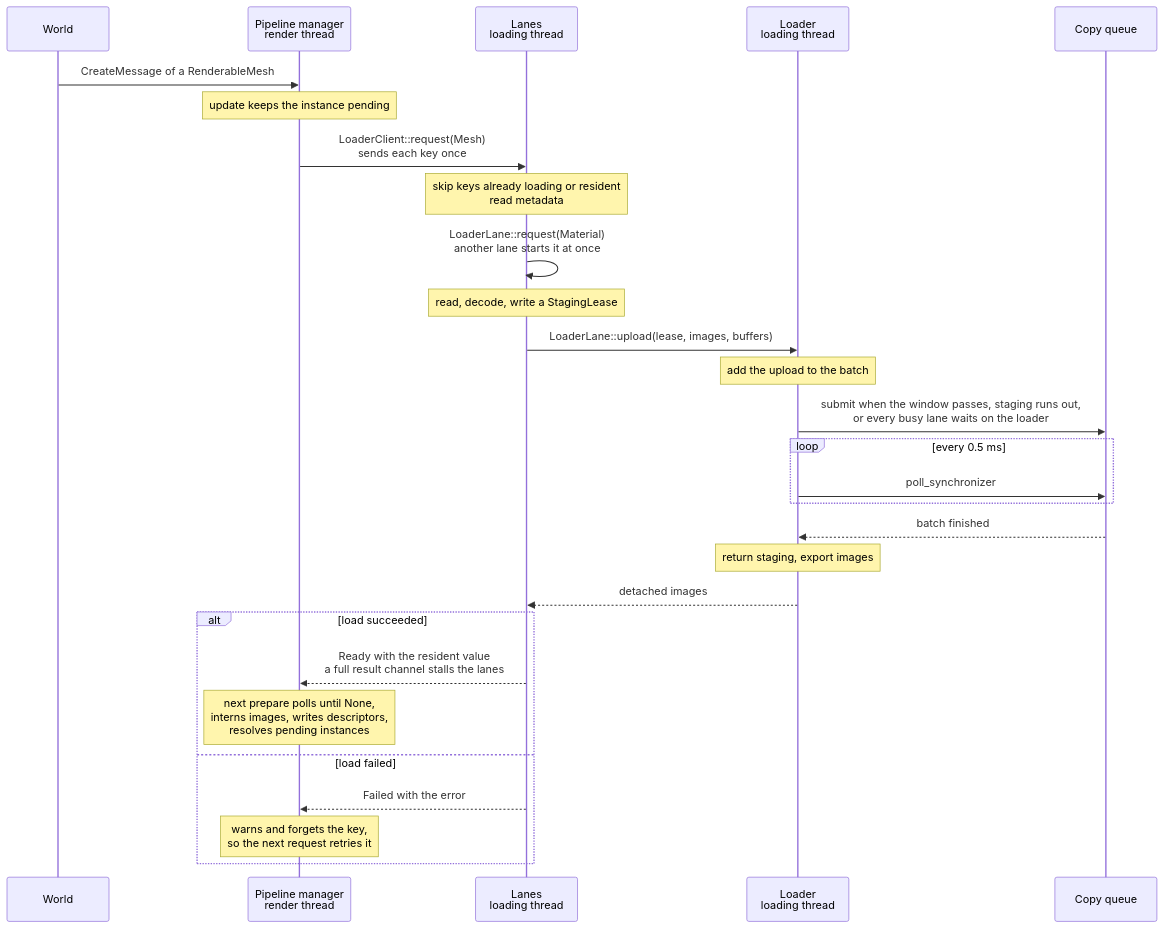
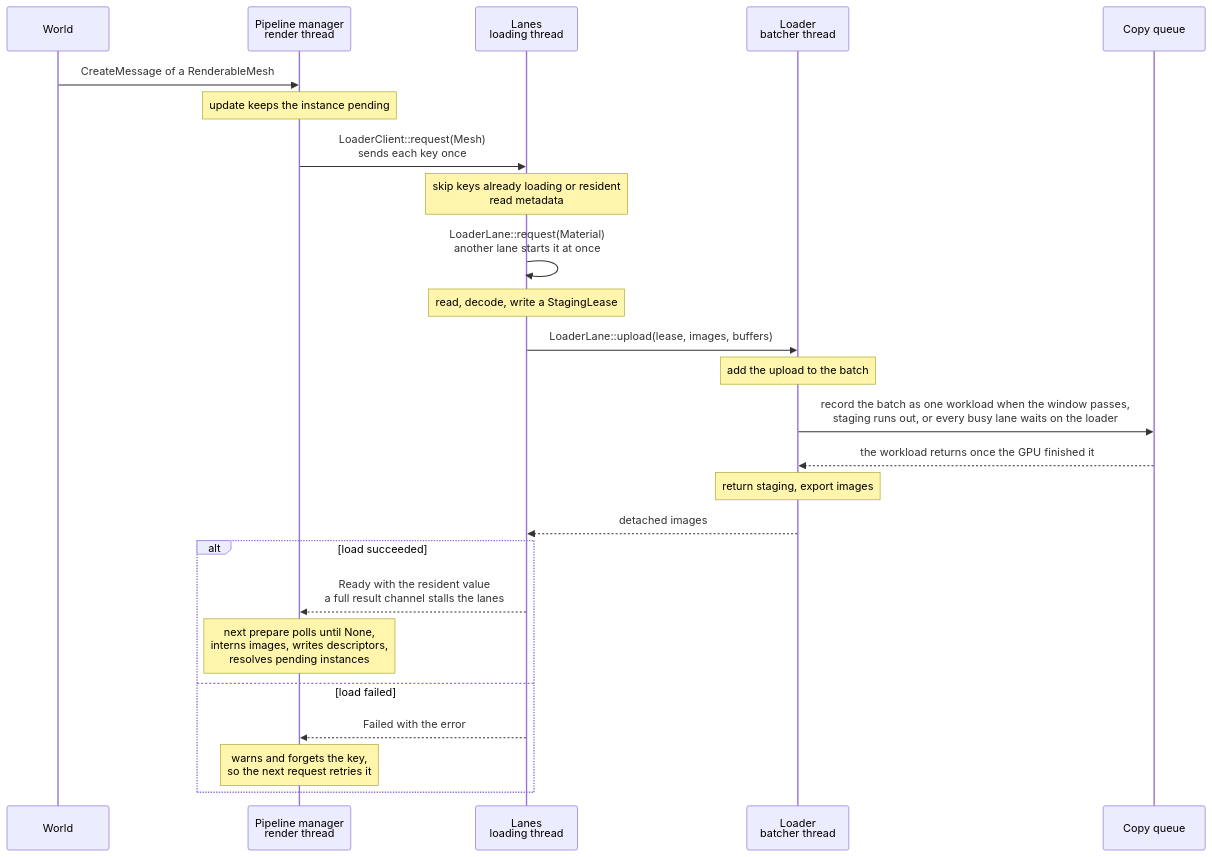
Before and after one commit to Game-Tek/Byte-Engine: the third of 3 diagrams in docs/develop/rendering/loading.mdx, drawn with Mermaid. The commit also changed other lines of this file and 105 other files, not shown here.

````diff
--- a/docs/develop/rendering/loading.mdx
+++ b/docs/develop/rendering/loading.mdx
@@ -74,31 +74,28 @@
 ```mermaid
 sequenceDiagram
   participant W as World
   participant M as Pipeline manager<br/>render thread
   participant L as Lanes<br/>loading thread
-  participant LD as Loader<br/>loading thread
+  participant LD as Loader<br/>batcher thread
   participant Q as Copy queue
 
   W->>M: CreateMessage of a RenderableMesh
   Note over M: update keeps the instance pending
   M->>L: LoaderClient::request(Mesh)<br/>sends each key once
   Note over L: skip keys already loading or resident<br/>read metadata
   L->>L: LoaderLane::request(Material)<br/>another lane starts it at once
   Note over L: read, decode, write a StagingLease
   L->>LD: LoaderLane::upload(lease, images, buffers)
   Note over LD: add the upload to the batch
-  LD->>Q: submit when the window passes, staging runs out,<br/>or every busy lane waits on the loader
-  loop every 0.5 ms
-    LD->>Q: poll_synchronizer
-  end
-  Q-->>LD: batch finished
+  LD->>Q: record the batch as one workload when the window passes,<br/>staging runs out, or every busy lane waits on the loader
+  Q-->>LD: the workload returns once the GPU finished it
   Note over LD: return staging, export images
   LD-->>L: detached images
   alt load succeeded
     L-->>M: Ready with the resident value<br/>a full result channel stalls the lanes
     Note over M: next prepare polls until None,<br/>interns images, writes descriptors,<br/>resolves pending instances
   else load failed
     L-->>M: Failed with the error
     Note over M: warns and forgets the key,<br/>so the next request retries it
   end
 ```
````
